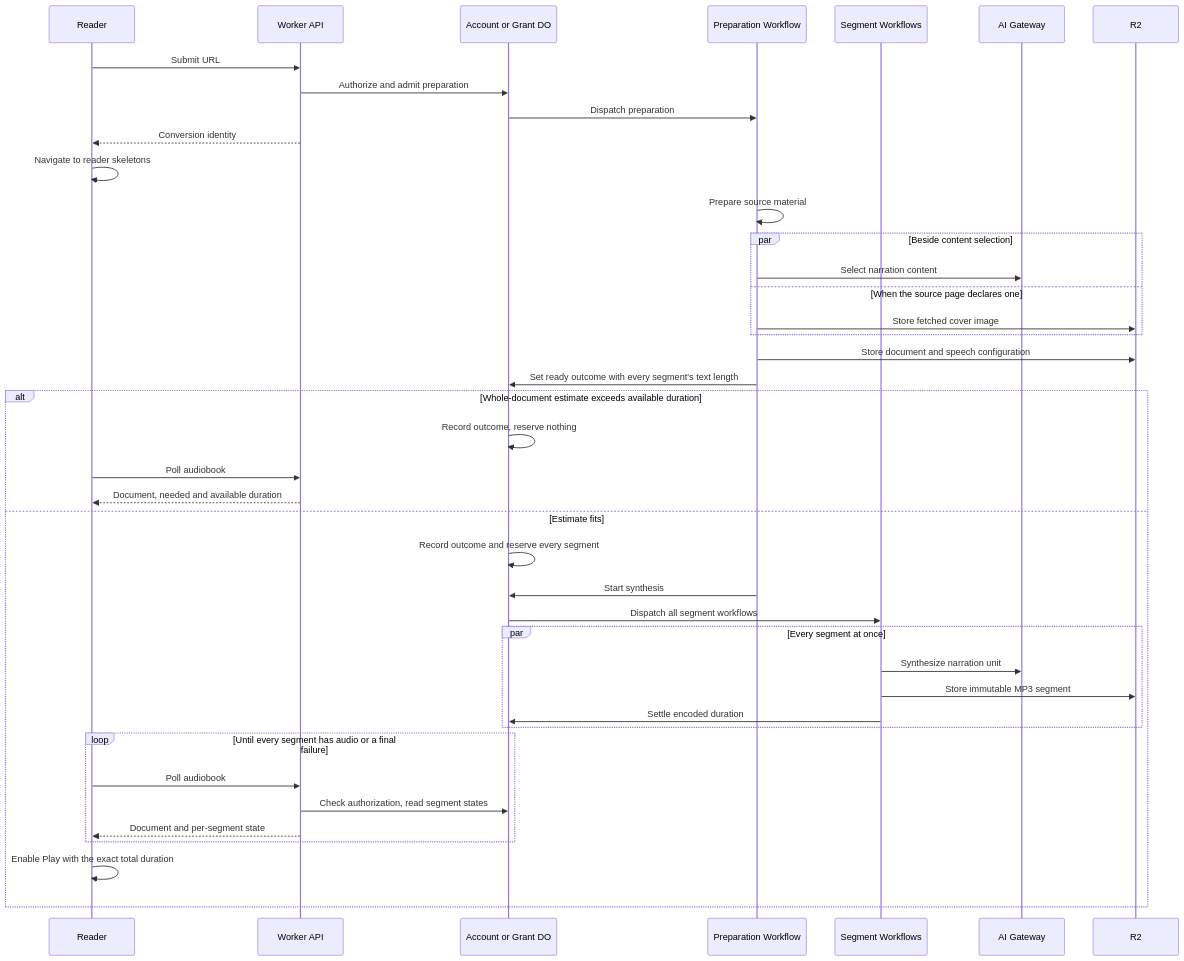
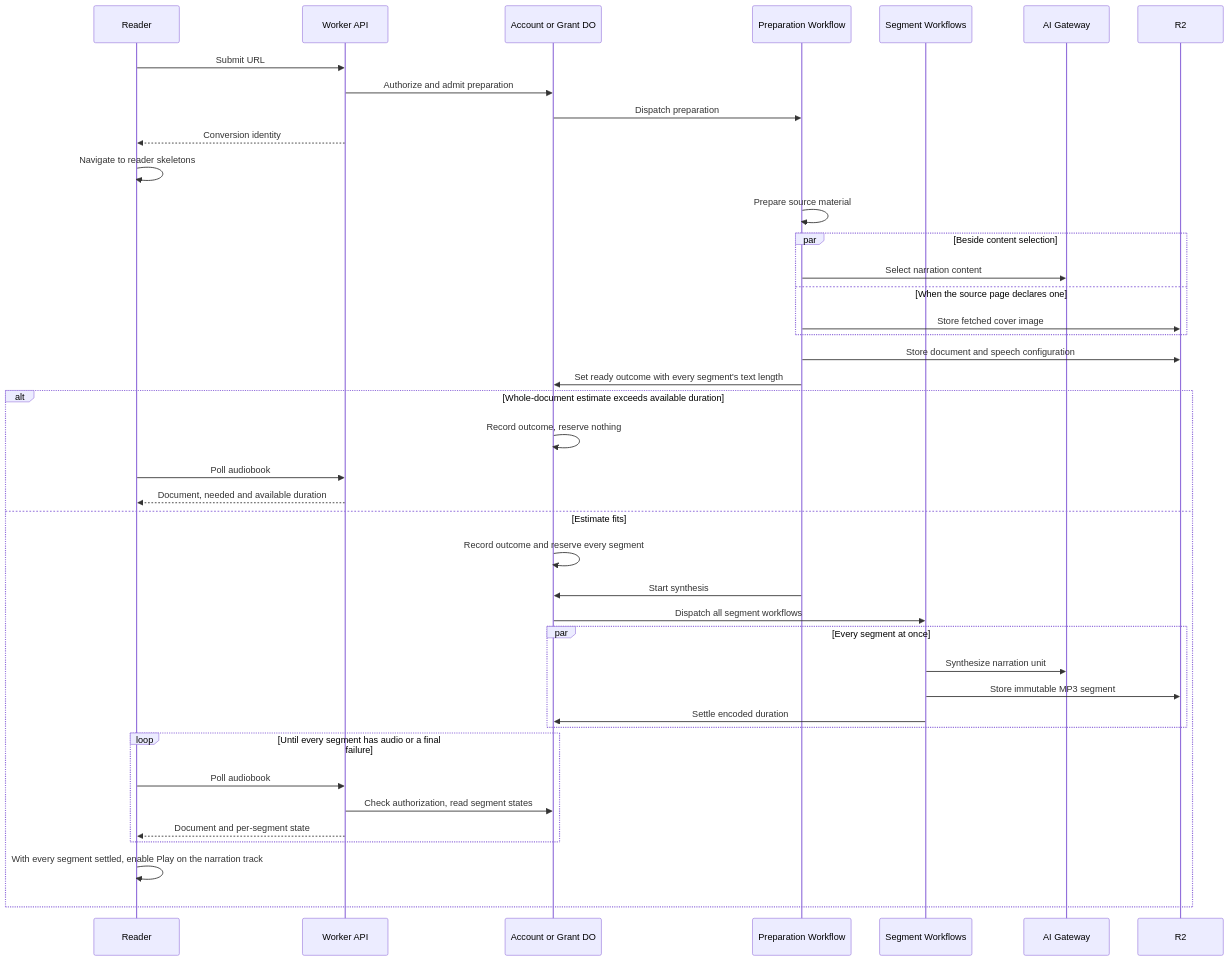
The diagram in docs/architecture/conversion.md (patricktree/cup), drawn with Mermaid before and after one commit. The commit also changed other lines of this file and 116 other files, not shown here.

First line of the commit message:
feat(media): serve one narration track and play it with a single audio element (#73)

````diff
--- a/docs/architecture/conversion.md
+++ b/docs/architecture/conversion.md
@@ -9,43 +9,43 @@
 ```mermaid
 sequenceDiagram
     participant Client as Reader
     participant API as Worker API
     participant Owner as Account or Grant DO
     participant Preparation as Preparation Workflow
     participant Segment as Segment Workflows
     participant AI as AI Gateway
     participant R2
     Client->>API: Submit URL
     API->>Owner: Authorize and admit preparation
     Owner->>Preparation: Dispatch preparation
     API-->>Client: Conversion identity
     Client->>Client: Navigate to reader skeletons
     Preparation->>Preparation: Prepare source material
     par Beside content selection
         Preparation->>AI: Select narration content
     and When the source page declares one
         Preparation->>R2: Store fetched cover image
     end
     Preparation->>R2: Store document and speech configuration
     Preparation->>Owner: Set ready outcome with every segment's text length
     alt Whole-document estimate exceeds available duration
         Owner->>Owner: Record outcome, reserve nothing
         Client->>API: Poll audiobook
         API-->>Client: Document, needed and available duration
     else Estimate fits
         Owner->>Owner: Record outcome and reserve every segment
         Preparation->>Owner: Start synthesis
         Owner->>Segment: Dispatch all segment workflows
         par Every segment at once
             Segment->>AI: Synthesize narration unit
             Segment->>R2: Store immutable MP3 segment
             Segment->>Owner: Settle encoded duration
         end
         loop Until every segment has audio or a final failure
             Client->>API: Poll audiobook
             API->>Owner: Check authorization, read segment states
             API-->>Client: Document and per-segment state
         end
-        Client->>Client: Enable Play with the exact total duration
+        Client->>Client: With every segment settled, enable Play on the narration track
     end
 ```
````
